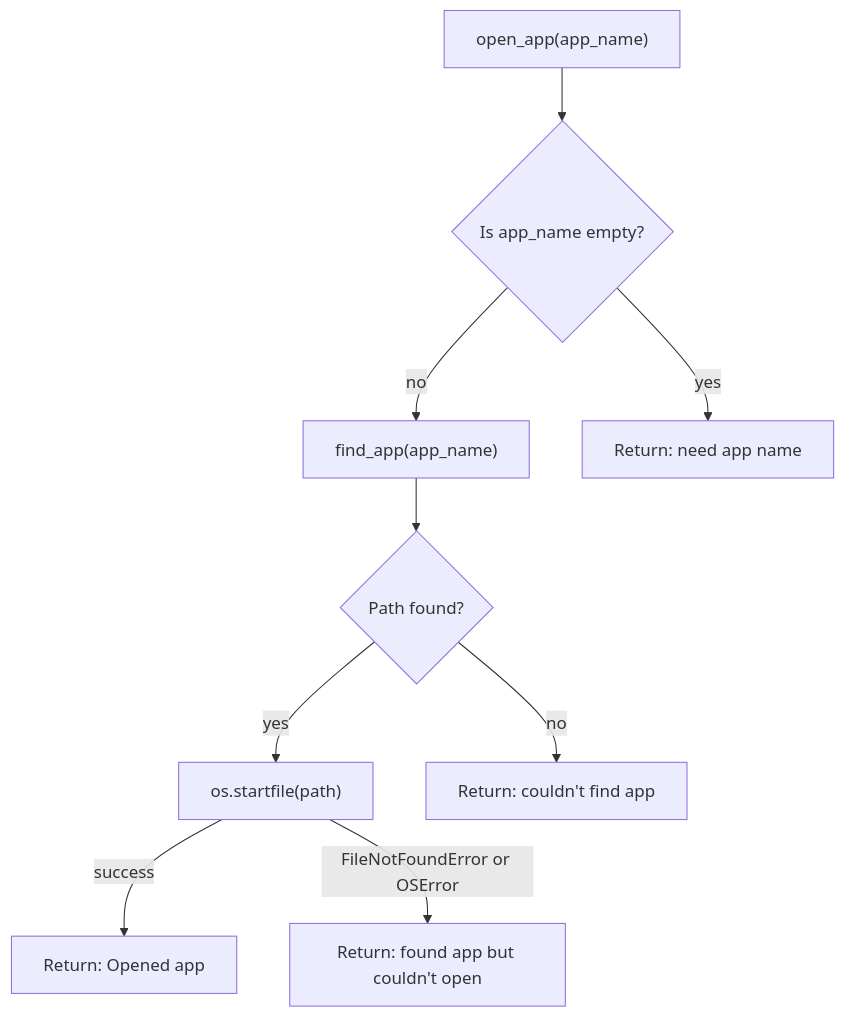
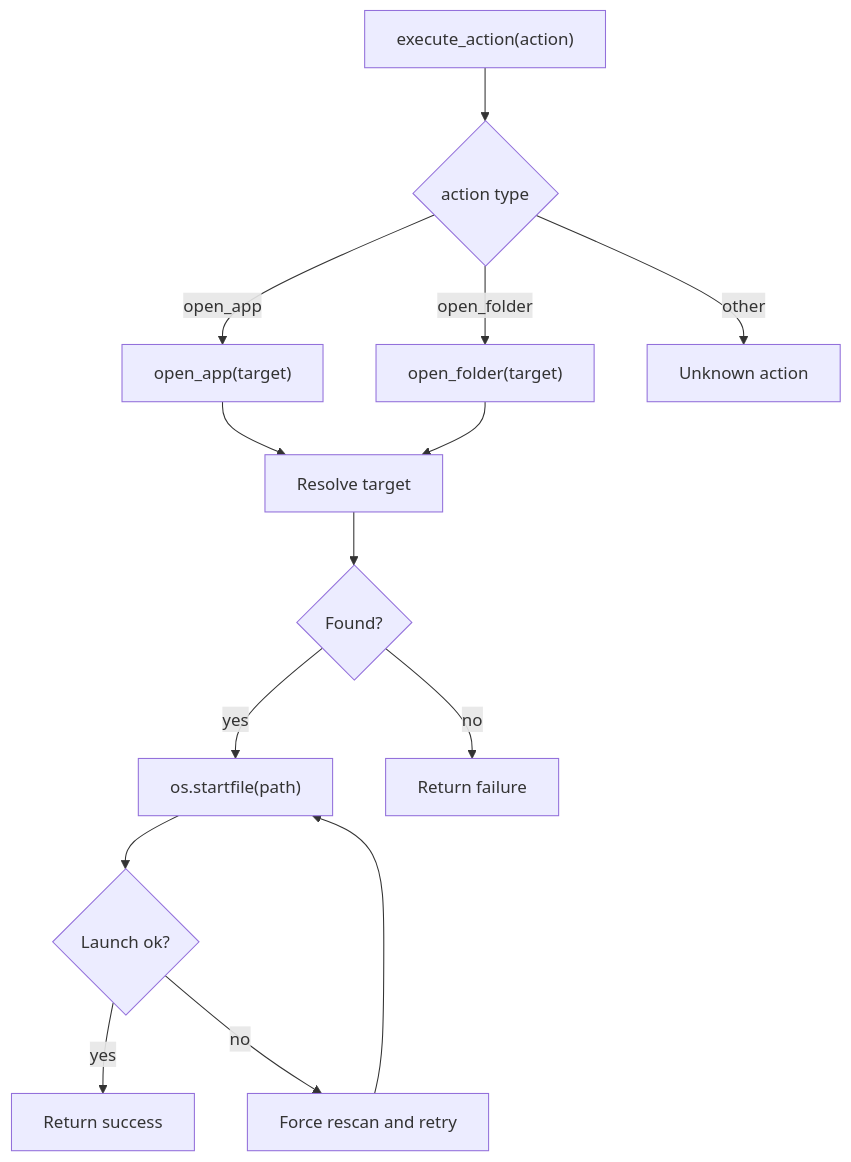
Before and after one commit to ayush60728/Agent: the fourth of 8 diagrams in personal-agent/CODEBASE_WALKTHROUGH.md, drawn with Mermaid. The commit also changed other lines of this file and 11 other files, not shown here.

````diff
--- a/personal-agent/CODEBASE_WALKTHROUGH.md
+++ b/personal-agent/CODEBASE_WALKTHROUGH.md
@@ -82,21 +236,28 @@
 ```mermaid
 flowchart TD
-    Start["open_app(app_name)"]
-    Empty{"Is app_name empty?"}
-    Find["find_app(app_name)"]
-    Found{"Path found?"}
-    StartFile["os.startfile(path)"]
-    Success["Return: Opened app"]
-    MissingName["Return: need app name"]
-    NotFound["Return: couldn't find app"]
-    Error["Return: found app but couldn't open"]
+    A["execute_action(action)"]
+    B{"action type"}
+    C["open_app(target)"]
+    D["open_folder(target)"]
+    E["Unknown action"]
+    F["Resolve target"]
+    G{"Found?"}
+    H["os.startfile(path)"]
+    I{"Launch ok?"}
+    J["Return success"]
+    K["Force rescan and retry"]
+    L["Return failure"]
 
-    Start --> Empty
-    Empty -->|yes| MissingName
-    Empty -->|no| Find
-    Find --> Found
-    Found -->|no| NotFound
-    Found -->|yes| StartFile
-    StartFile -->|success| Success
-    StartFile -->|FileNotFoundError or OSError| Error
+    A --> B
+    B -->|open_app| C
+    B -->|open_folder| D
+    B -->|other| E
+    C --> F
+    D --> F
+    F --> G
+    G -->|no| L
+    G -->|yes| H
+    H --> I
+    I -->|yes| J
+    I -->|no| K --> H
 ```
````
